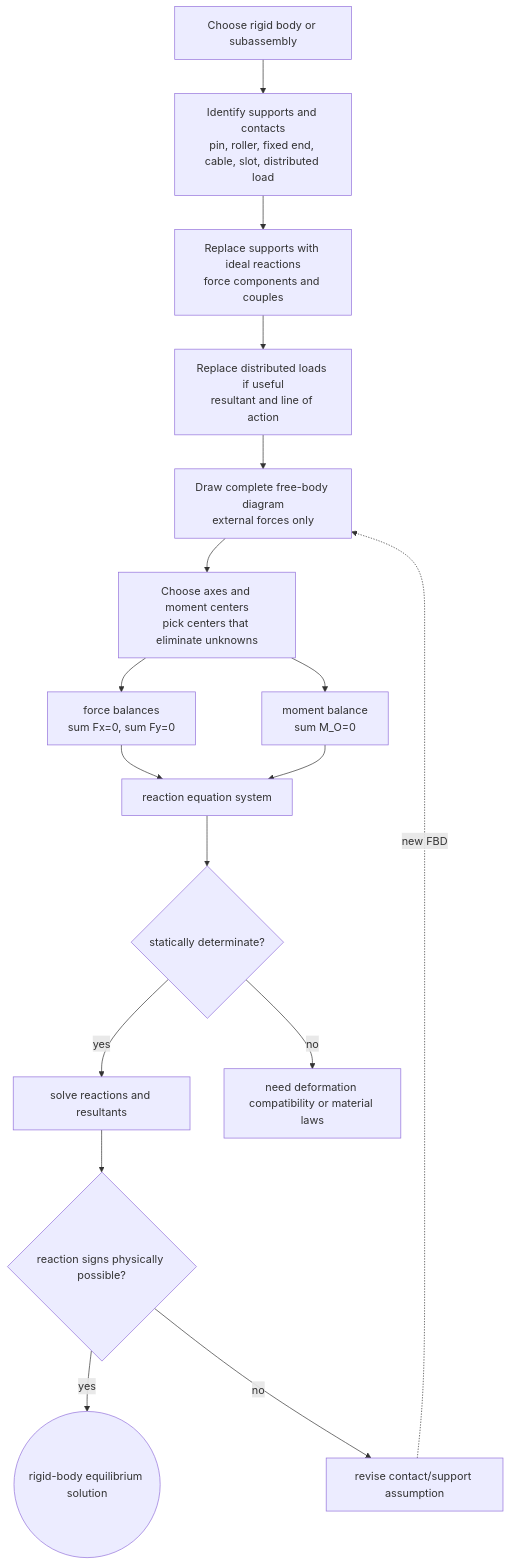
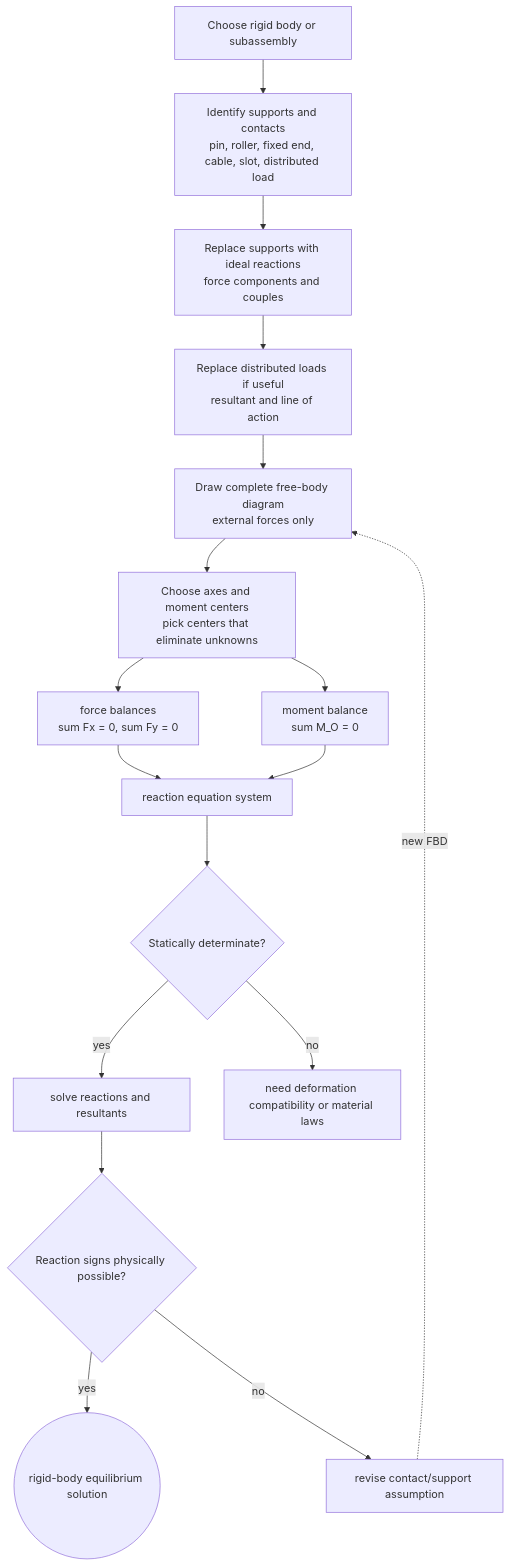
One commit to justinbrianhwang/SJ-wiki changed the diagram in docs/physics/mechanics/rigid-body-equilibrium.md. Above: the diagram before and after it, drawn with Mermaid. The commit also changed other lines of this file and 955 other files, not shown here.

````diff
--- a/docs/physics/mechanics/rigid-body-equilibrium.md
+++ b/docs/physics/mechanics/rigid-body-equilibrium.md
@@ -98,19 +50,19 @@
 ```mermaid
 flowchart TB
   Body["Choose rigid body or subassembly"] --> Supports["Identify supports and contacts<br/>pin, roller, fixed end, cable, slot, distributed load"]
   Supports --> Ideal["Replace supports with ideal reactions<br/>force components and couples"]
   Ideal --> Loads["Replace distributed loads if useful<br/>resultant and line of action"]
   Loads --> FBD["Draw complete free-body diagram<br/>external forces only"]
   FBD --> Axes["Choose axes and moment centers<br/>pick centers that eliminate unknowns"]
-  Axes --> ForceEq["force balances<br/>sum Fx=0, sum Fy=0"]
-  Axes --> MomentEq["moment balance<br/>sum M_O=0"]
+  Axes --> ForceEq["force balances<br/>sum Fx = 0, sum Fy = 0"]
+  Axes --> MomentEq["moment balance<br/>sum M_O = 0"]
   ForceEq --> System["reaction equation system"]
   MomentEq --> System
-  System --> Determinate{"statically determinate?"}
+  System --> Determinate{"Statically determinate?"}
   Determinate -- "yes" --> Solve["solve reactions and resultants"]
   Determinate -- "no" --> NeedDeform["need deformation compatibility or material laws"]
-  Solve --> Physical{"reaction signs physically possible?"}
+  Solve --> Physical{"Reaction signs physically possible?"}
   Physical -- "yes" --> Result(("rigid-body equilibrium solution"))
   Physical -- "no" --> Revise["revise contact/support assumption"]
   Revise -. "new FBD" .-> FBD
 ```
````
